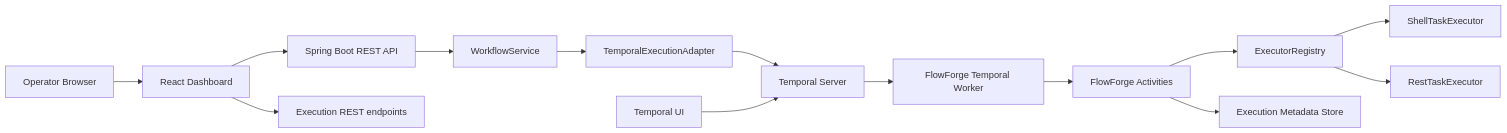
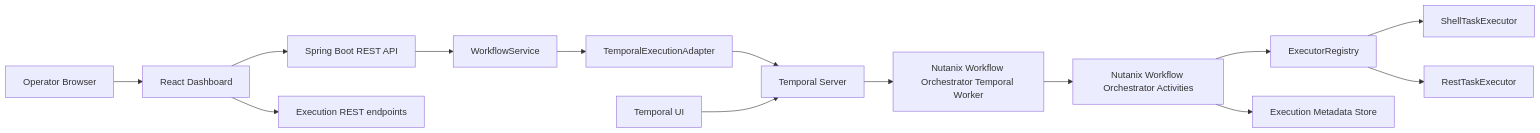
The first of 3 diagrams in DESIGN_DOCUMENT.md (who-else-but-arjun/nutanix-workflow-orchestrator), drawn with Mermaid before and after one commit. The commit also changed other lines of this file, not shown here.

````diff
--- a/DESIGN_DOCUMENT.md
+++ b/DESIGN_DOCUMENT.md
@@ -138,16 +138,16 @@
 ```mermaid
 flowchart LR
     User[Operator Browser] --> Dashboard[React Dashboard]
     Dashboard --> Api[Spring Boot REST API]
     Api --> Service[WorkflowService]
     Service --> Adapter[TemporalExecutionAdapter]
     Adapter --> Temporal[Temporal Server]
-    Temporal --> Worker[FlowForge Temporal Worker]
-    Worker --> Activities[FlowForge Activities]
+    Temporal --> Worker[Nutanix Workflow Orchestrator Temporal Worker]
+    Worker --> Activities[Nutanix Workflow Orchestrator Activities]
     Activities --> Registry[ExecutorRegistry]
     Registry --> Shell[ShellTaskExecutor]
     Registry --> Rest[RestTaskExecutor]
     Activities --> Store[Execution Metadata Store]
     Dashboard --> StoreApi[Execution REST endpoints]
     TemporalUI[Temporal UI] --> Temporal
 ```
````
